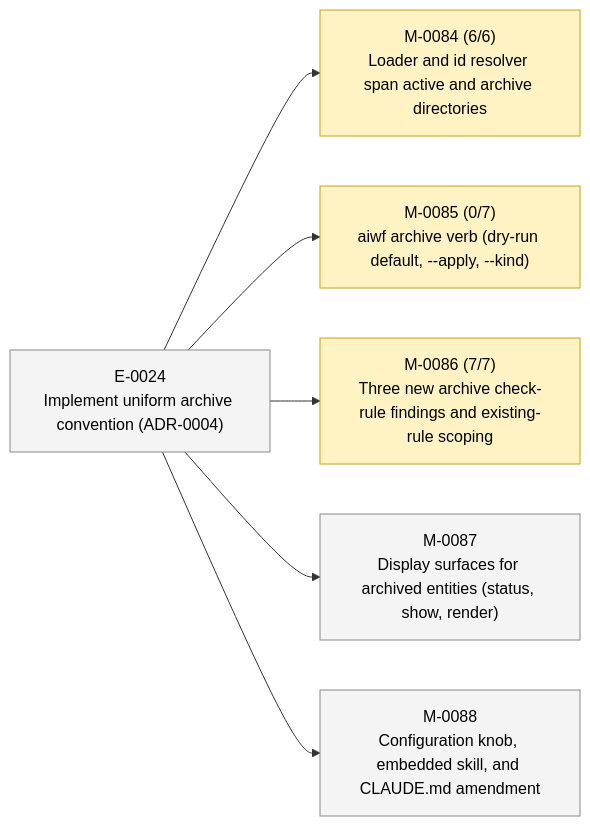
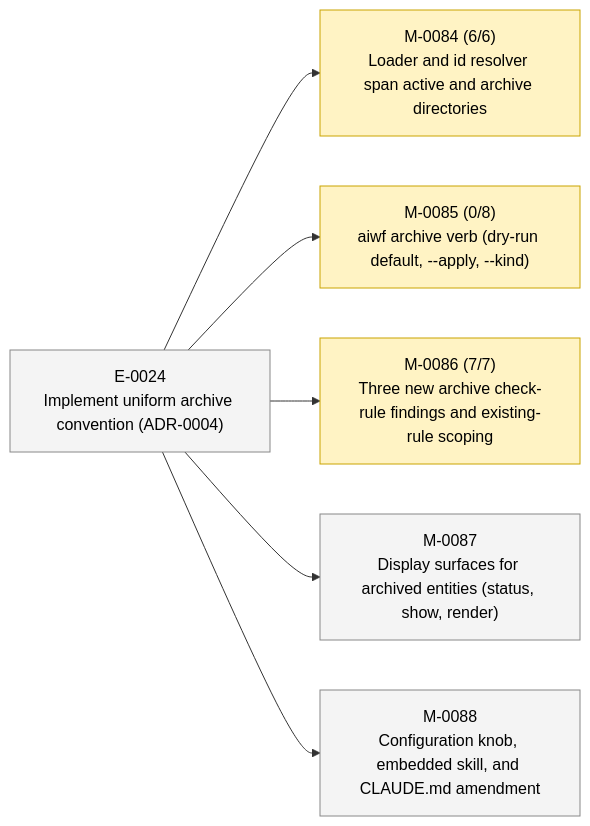
One commit to 23min/aiwf changed the second of 2 diagrams in STATUS.md. Above: the diagram before and after it, drawn with Mermaid. The commit also changed other lines of this file and 1 other file, not shown here.

First line of the commit message:
aiwf add ac M-0085/AC-8 "Restore backticked aiwf archive --apply mentions in M-0086 SKILL.md"

````diff
--- a/STATUS.md
+++ b/STATUS.md
@@ -49,20 +49,20 @@
 ```mermaid
 flowchart LR
   E_0024["E-0024<br/>Implement uniform archive convention (ADR-0004)"]:::epic_proposed
   M_0084["M-0084 (6/6)<br/>Loader and id resolver span active and archive directories"]:::ms_in_progress
   E_0024 --> M_0084
-  M_0085["M-0085 (0/7)<br/>aiwf archive verb (dry-run default, --apply, --kind)"]:::ms_in_progress
+  M_0085["M-0085 (0/8)<br/>aiwf archive verb (dry-run default, --apply, --kind)"]:::ms_in_progress
   E_0024 --> M_0085
   M_0086["M-0086 (7/7)<br/>Three new archive check-rule findings and existing-rule scoping"]:::ms_in_progress
   E_0024 --> M_0086
   M_0087["M-0087<br/>Display surfaces for archived entities (status, show, render)"]:::ms_draft
   E_0024 --> M_0087
   M_0088["M-0088<br/>Configuration knob, embedded skill, and CLAUDE.md amendment"]:::ms_draft
   E_0024 --> M_0088
   classDef epic_active fill:#d6eaff,stroke:#1a73e8,color:#000
   classDef epic_proposed fill:#f4f4f4,stroke:#888,color:#000
   classDef ms_done fill:#d8f5d8,stroke:#2a8a2a,color:#000
   classDef ms_in_progress fill:#fff3c4,stroke:#caa400,color:#000
   classDef ms_draft fill:#f4f4f4,stroke:#888,color:#000
   classDef ms_cancelled fill:#fbeaea,stroke:#c33,color:#000
 ```
````
